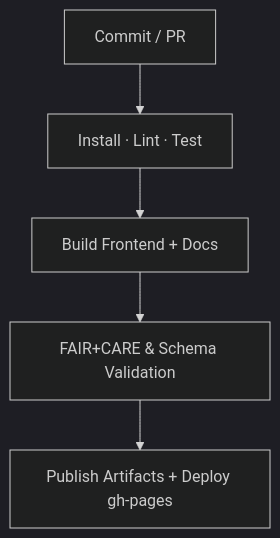
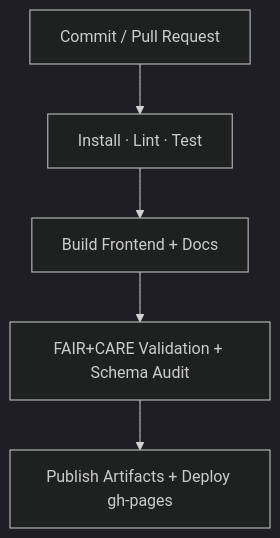
Before and after one commit to bartytime4life/Kansas-Frontier-Matrix: the first of 2 diagrams in .github/README.md, drawn with Mermaid (dark theme). The commit also changed other lines of this file, not shown here.

````diff
--- a/.github/README.md
+++ b/.github/README.md
@@ -67,7 +70,7 @@
 ```mermaid
 flowchart TD
-  A[Commit / PR] --> B[Install · Lint · Test]
+  A[Commit / Pull Request] --> B[Install · Lint · Test]
   B --> C[Build Frontend + Docs]
-  C --> D[FAIR+CARE & Schema Validation]
+  C --> D[FAIR+CARE Validation + Schema Audit]
   D --> E[Publish Artifacts + Deploy gh-pages]
 ```
````
